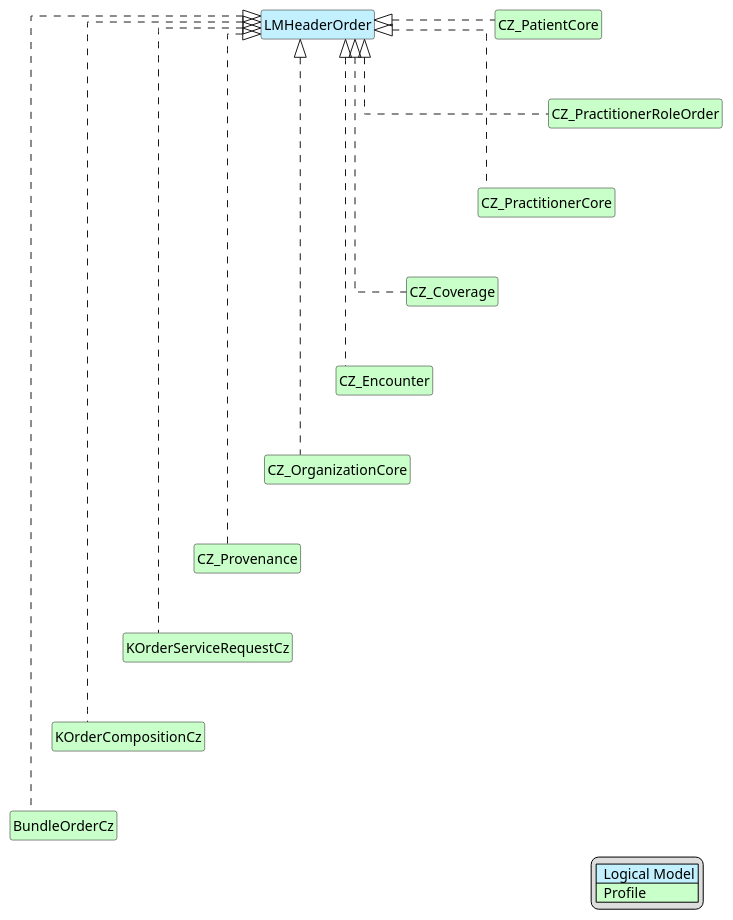
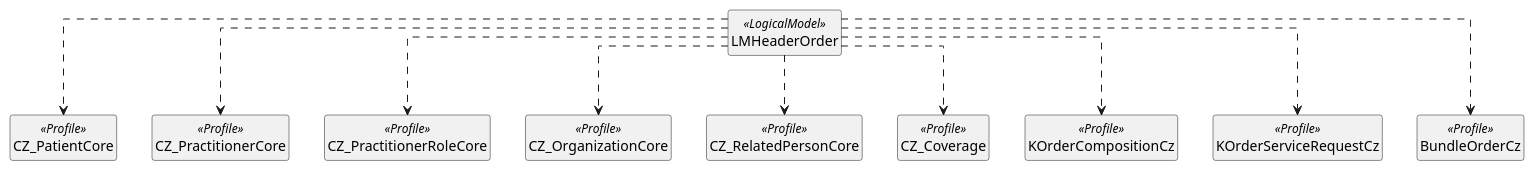
The diagram in input/images-source/K-Header-map.plantuml (HL7-cz/k-order), drawn with PlantUML before and after one commit. The commit also changed 48 other files, not shown here.

```diff
--- a/input/images-source/K-Header-map.plantuml
+++ b/input/images-source/K-Header-map.plantuml
@@ -1,61 +1,25 @@
 @startuml
-
+' Generated by scripts/sync-header-mapping.py
 hide circle
-hide stereotype
 hide members
-hide methods
-
 skinparam linetype ortho
-
-skinparam class {
-BackgroundColor<<LogicalModel>> #APPLICATION
-BackgroundColor<<Profile>> #TECHNOLOGY
-}
-
-legend right
-| <#APPLICATION>  Logical Model |
-| <#TECHNOLOGY>  Profile |
-endlegend
-
-class "LMHeaderOrder" <<LogicalModel>> [[StructureDefinition-LMHeaderOrder.html]]
-
-class "CZ_PatientCore" <<Profile>> [[https://hl7.cz/fhir/core/StructureDefinition-cz-patient-core.html]]
-"LMHeaderOrder" <|. "CZ_PatientCore"
-
-class "CZ_PractitionerRoleOrder" <<Profile>> [[https://hl7.cz/fhir/core/StructureDefinition-practitionerrole-cz-order.html]]
-"LMHeaderOrder" <|. "CZ_PractitionerRoleOrder"
-"CZ_PatientCore" -d[hidden]-> "CZ_PractitionerRoleOrder"
-
-class "CZ_PractitionerCore" <<Profile>> [[https://hl7.cz/fhir/core/StructureDefinition-cz-practitioner-core.html]]
-"LMHeaderOrder" <|. "CZ_PractitionerCore"
-"CZ_PractitionerRoleOrder" -d[hidden]-> "CZ_PractitionerCore"
-
-class "CZ_Coverage" <<Profile>> [[https://hl7.cz/fhir/core/StructureDefinition-cz-coverage.html]]
-"LMHeaderOrder" <|. "CZ_Coverage"
-"CZ_PractitionerCore" -d[hidden]-> "CZ_Coverage"
-
-class "CZ_Encounter" <<Profile>> [[https://hl7.cz/fhir/core/StructureDefinition-encounter-cz-core.html]]
-"LMHeaderOrder" <|. "CZ_Encounter"
-"CZ_Coverage" -d[hidden]-> "CZ_Encounter"
-
-class "CZ_OrganizationCore" <<Profile>> [[https://hl7.cz/fhir/core/StructureDefinition-cz-organization-core.html]]
-"LMHeaderOrder" <|. "CZ_OrganizationCore"
-"CZ_Encounter" -d[hidden]-> "CZ_OrganizationCore"
-
-class "CZ_Provenance" <<Profile>> [[https://hl7.cz/fhir/core/StructureDefinition-cz-provenance.html]]
-"LMHeaderOrder" <|. "CZ_Provenance"
-"CZ_OrganizationCore" -d[hidden]-> "CZ_Provenance"
-
-class "KOrderServiceRequestCz" <<Profile>> [[StructureDefinition-KOrderServiceRequestCz.html]]
-"LMHeaderOrder" <|. "KOrderServiceRequestCz"
-"CZ_Provenance" -d[hidden]-> "KOrderServiceRequestCz"
-
-class "KOrderCompositionCz" <<Profile>> [[StructureDefinition-KOrderCompositionCz.html]]
-"LMHeaderOrder" <|. "KOrderCompositionCz"
-"KOrderServiceRequestCz" -d[hidden]-> "KOrderCompositionCz"
-
-class "BundleOrderCz" <<Profile>> [[StructureDefinition-BundleOrderCz.html]]
-"LMHeaderOrder" <|. "BundleOrderCz"
-"KOrderCompositionCz" -d[hidden]-> "BundleOrderCz"
-
+class "LMHeaderOrder" as Header <<LogicalModel>> [[StructureDefinition-LMHeaderOrder.html]]
+class "CZ_PatientCore" as Target0 <<Profile>> [[https://hl7.cz/fhir/core/StructureDefinition-cz-patient-core.html]]
+Header ..> Target0
+class "CZ_PractitionerCore" as Target1 <<Profile>> [[https://hl7.cz/fhir/core/StructureDefinition-cz-practitioner-core.html]]
+Header ..> Target1
+class "CZ_PractitionerRoleCore" as Target2 <<Profile>> [[https://hl7.cz/fhir/core/StructureDefinition-cz-practitionerrole-core.html]]
+Header ..> Target2
+class "CZ_OrganizationCore" as Target3 <<Profile>> [[https://hl7.cz/fhir/core/StructureDefinition-cz-organization-core.html]]
+Header ..> Target3
+class "CZ_RelatedPersonCore" as Target4 <<Profile>> [[https://hl7.cz/fhir/core/StructureDefinition-cz-relatedPerson-core.html]]
+Header ..> Target4
+class "CZ_Coverage" as Target5 <<Profile>> [[https://hl7.cz/fhir/core/StructureDefinition-cz-coverage.html]]
+Header ..> Target5
+class "KOrderCompositionCz" as Target6 <<Profile>> [[StructureDefinition-KOrderCompositionCz.html]]
+Header ..> Target6
+class "KOrderServiceRequestCz" as Target7 <<Profile>> [[StructureDefinition-KOrderServiceRequestCz.html]]
+Header ..> Target7
+class "BundleOrderCz" as Target8 <<Profile>> [[StructureDefinition-BundleOrderCz.html]]
+Header ..> Target8
 @enduml
```
